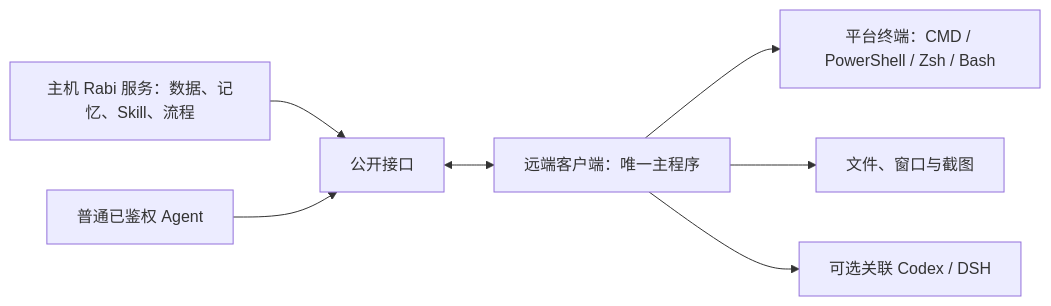
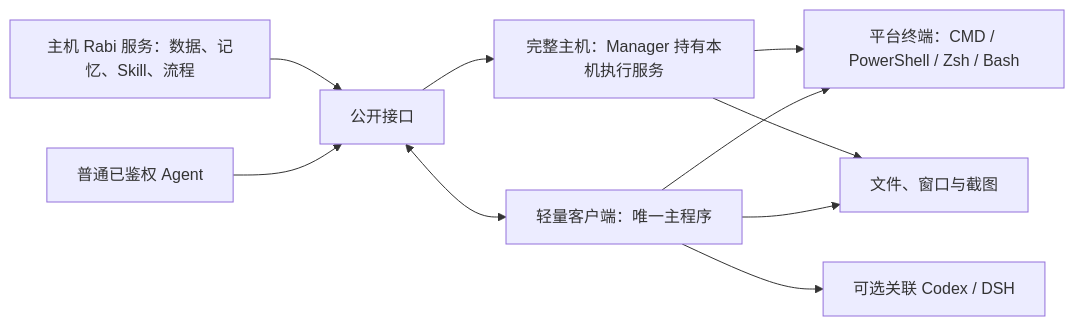
The diagram in docs/remote-computer-client.md (vb2250158/RabiRoute), drawn with Mermaid before and after one commit. The commit also changed other lines of this file and 463 other files, not shown here.

````diff
--- a/docs/remote-computer-client.md
+++ b/docs/remote-computer-client.md
@@ -11,9 +13,12 @@
 ```mermaid
 flowchart LR
   A[主机 Rabi 服务：数据、记忆、Skill、流程] --> C[公开接口]
   B[普通已鉴权 Agent] --> C
-  C <--> D[远端客户端：唯一主程序]
+  C --> H[完整主机：Manager 持有本机执行服务]
+  C <--> D[轻量客户端：唯一主程序]
+  H --> E
+  H --> F
   D --> E[平台终端：CMD / PowerShell / Zsh / Bash]
   D --> F[文件、窗口与截图]
   D --> G[可选关联 Codex / DSH]
 ```
````
